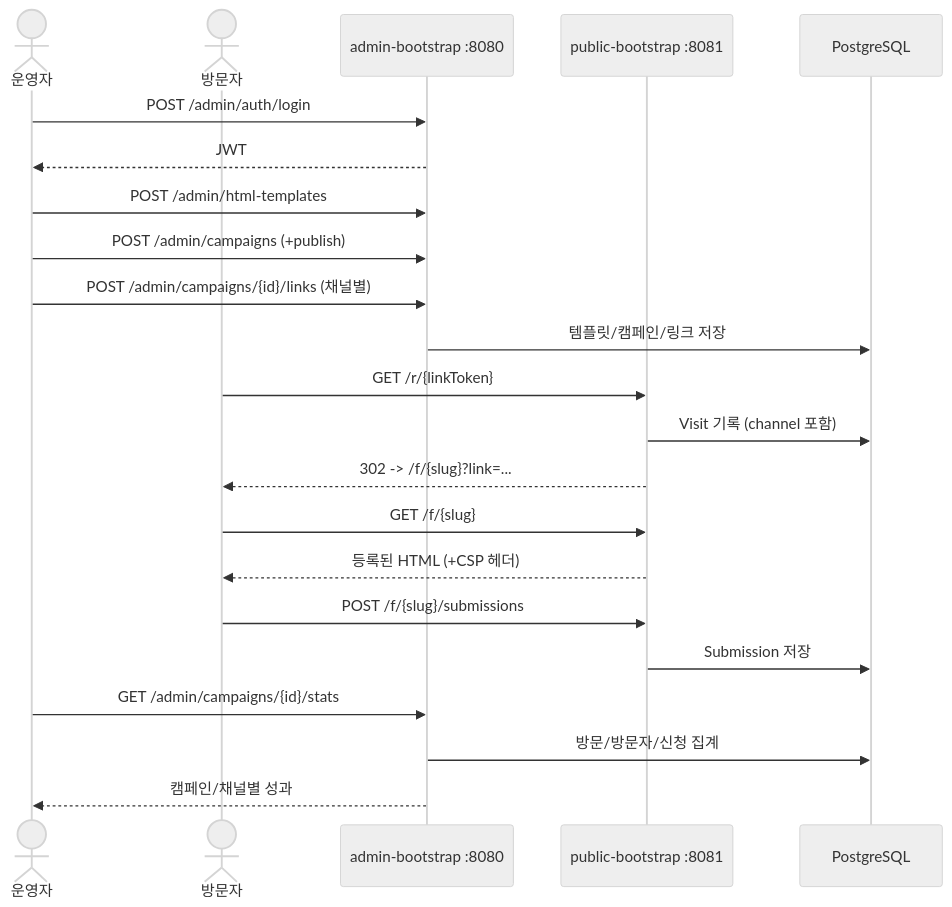
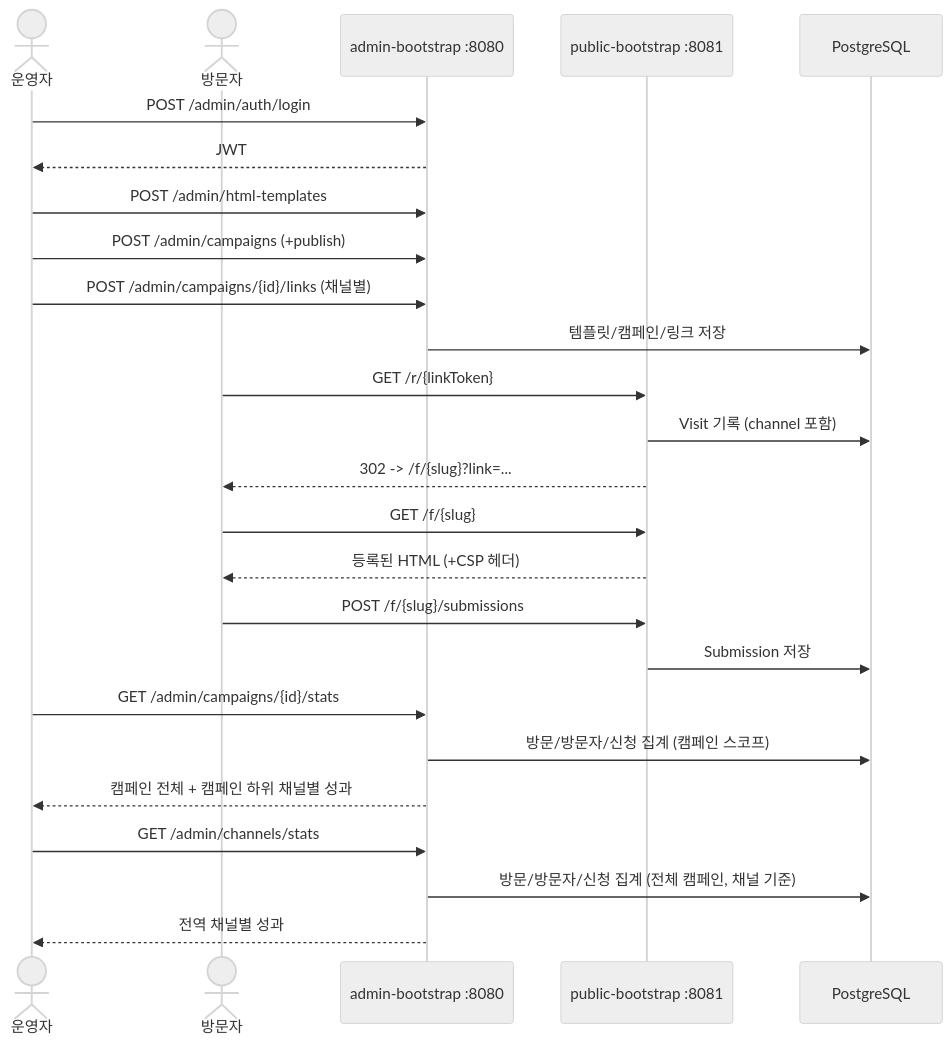
The second of 2 diagrams in docs/ARCHITECTURE.md (ssingfly32/glowuprizz-crm), drawn with Mermaid (neutral theme) before and after one commit. The commit also changed 1 other file, not shown here.

Commit message:
docs: README/ARCHITECTURE를 최종 구현 상태에 맞게 동기화
- README 테스트 방법에 admin/publicform 모듈의 Spring 컨텍스트 없는
  단위 테스트(ConversionRateCalculatorTest, SubmissionScriptInjectorTest,
  CampaignServiceTest) 항목이 빠져 있어 추가한다.
- ARCHITECTURE.md 요청 흐름 시퀀스 다이어그램에 전역 채널 성과 API
  (GET /admin/channels/stats) 호출이 빠져 있어 추가한다.

````diff
--- a/docs/ARCHITECTURE.md
+++ b/docs/ARCHITECTURE.md
@@ -61,27 +61,31 @@
 ```mermaid
 sequenceDiagram
     actor Operator as 운영자
     actor Visitor as 방문자
     participant Admin as admin-bootstrap :8080
     participant Public as public-bootstrap :8081
     participant DB as PostgreSQL
 
     Operator->>Admin: POST /admin/auth/login
     Admin-->>Operator: JWT
     Operator->>Admin: POST /admin/html-templates
     Operator->>Admin: POST /admin/campaigns (+publish)
     Operator->>Admin: POST /admin/campaigns/{id}/links (채널별)
     Admin->>DB: 템플릿/캠페인/링크 저장
 
     Visitor->>Public: GET /r/{linkToken}
     Public->>DB: Visit 기록 (channel 포함)
     Public-->>Visitor: 302 -> /f/{slug}?link=...
     Visitor->>Public: GET /f/{slug}
     Public-->>Visitor: 등록된 HTML (+CSP 헤더)
     Visitor->>Public: POST /f/{slug}/submissions
     Public->>DB: Submission 저장
 
     Operator->>Admin: GET /admin/campaigns/{id}/stats
-    Admin->>DB: 방문/방문자/신청 집계
-    Admin-->>Operator: 캠페인/채널별 성과
+    Admin->>DB: 방문/방문자/신청 집계 (캠페인 스코프)
+    Admin-->>Operator: 캠페인 전체 + 캠페인 하위 채널별 성과
+
+    Operator->>Admin: GET /admin/channels/stats
+    Admin->>DB: 방문/방문자/신청 집계 (전체 캠페인, 채널 기준)
+    Admin-->>Operator: 전역 채널별 성과
 ```
````
